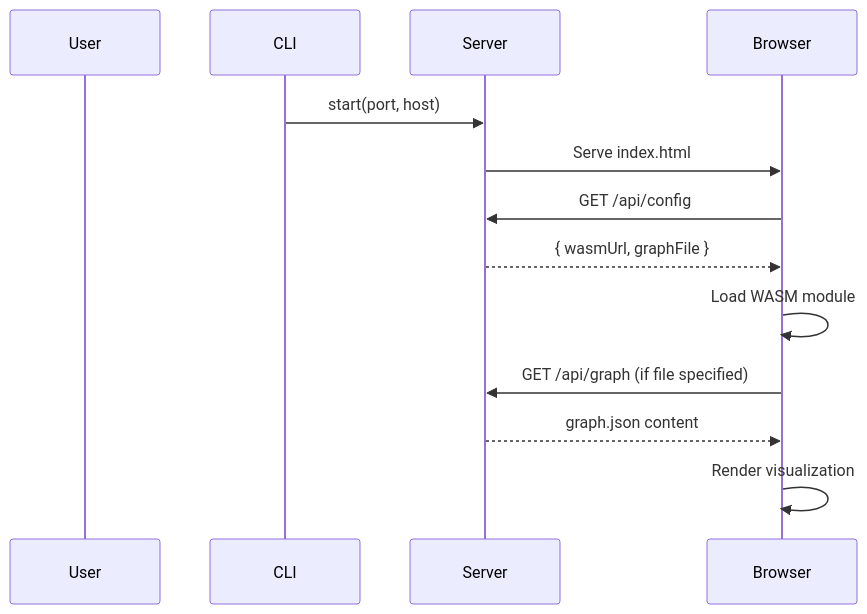
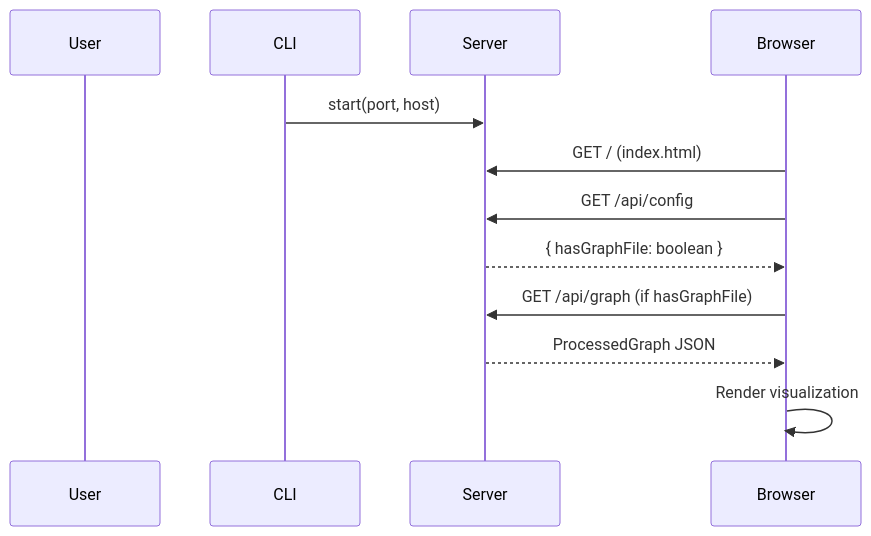
Before and after one commit to fisher-89/dependency-cruiser-reporter: the fourth of 4 diagrams in docs/packages/cli.md, drawn with Mermaid. The commit also changed other lines of this file and 20 other files, not shown here.

````diff
--- a/docs/packages/cli.md
+++ b/docs/packages/cli.md
@@ -110,16 +175,15 @@
 ```mermaid
 sequenceDiagram
     participant User
     participant CLI
     participant Server
     participant Browser
 
     CLI->>Server: start(port, host)
-    Server->>Browser: Serve index.html
+    Browser->>Server: GET / (index.html)
     Browser->>Server: GET /api/config
-    Server-->>Browser: { wasmUrl, graphFile }
-    Browser->>Browser: Load WASM module
-    Browser->>Server: GET /api/graph (if file specified)
-    Server-->>Browser: graph.json content
+    Server-->>Browser: { hasGraphFile: boolean }
+    Browser->>Server: GET /api/graph (if hasGraphFile)
+    Server-->>Browser: ProcessedGraph JSON
     Browser->>Browser: Render visualization
 ```
````
